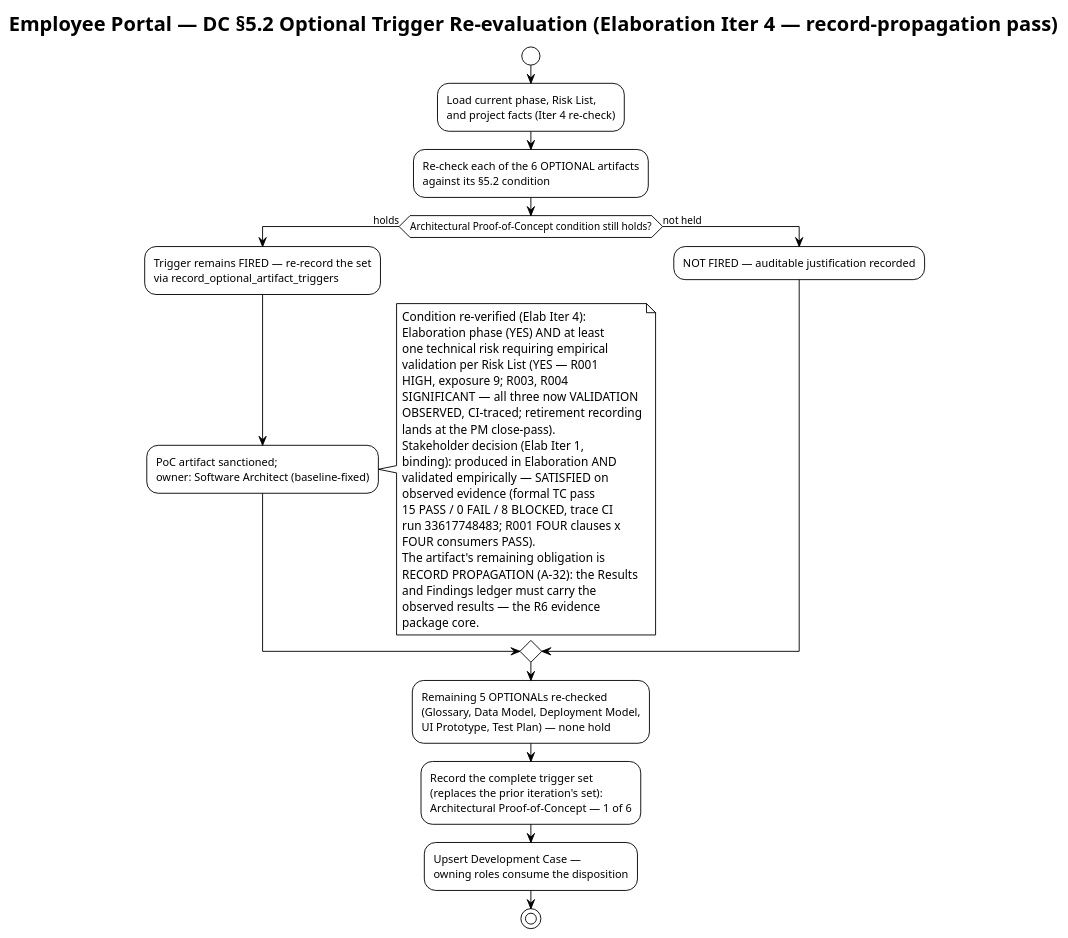
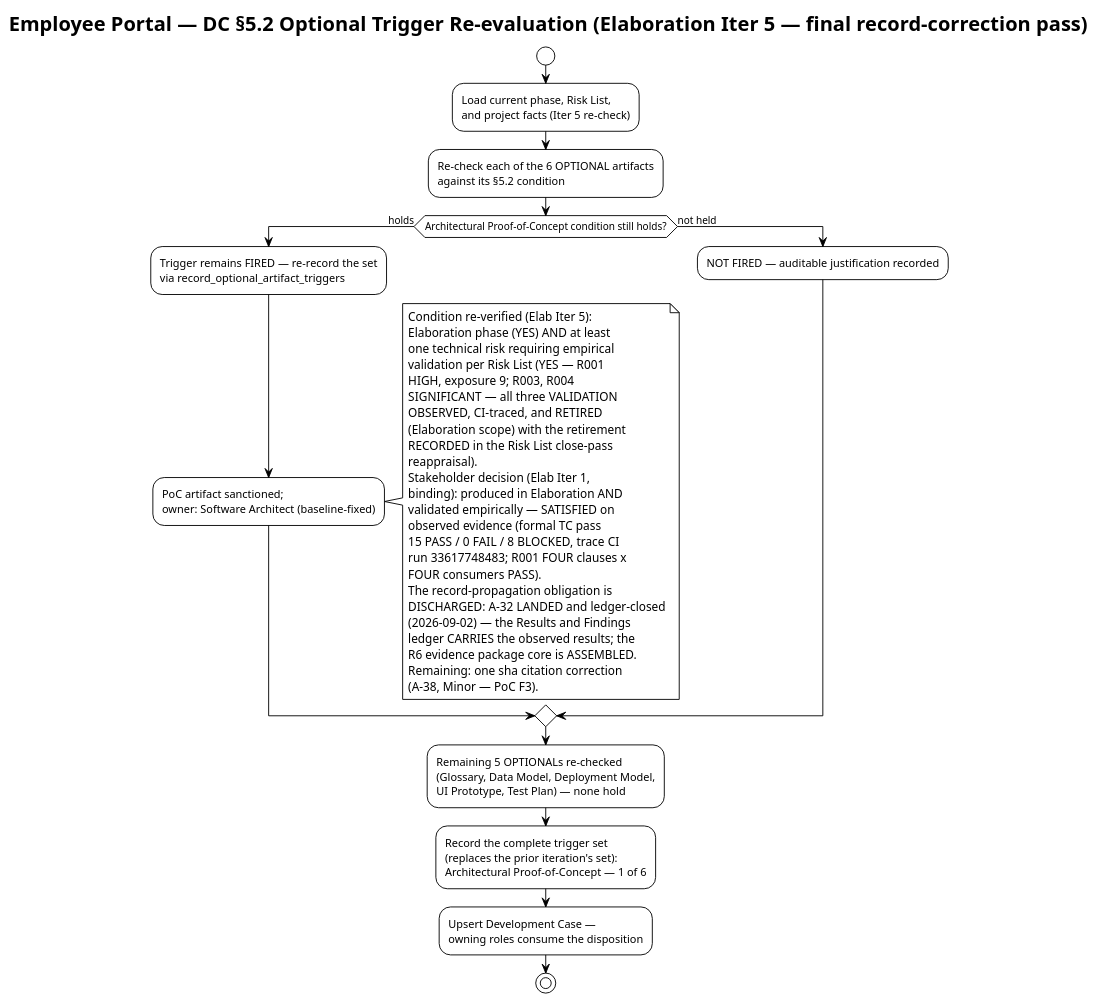
The second of 4 diagrams in docs/artifacts/environment/development-case.md (banense-test/employee-portal), drawn with PlantUML before and after one commit. The commit also changed other lines of this file, not shown here.

Commit message:
Process Engineer [E5]: upsert Development Case
[skip ci]

````diff
--- a/docs/artifacts/environment/development-case.md
+++ b/docs/artifacts/environment/development-case.md
@@ -130,49 +129,53 @@
 ```plantuml
 @startuml
 !theme plain
-title Employee Portal — DC §5.2 Optional Trigger Re-evaluation (Elaboration Iter 4 — record-propagation pass)
+title Employee Portal — DC §5.2 Optional Trigger Re-evaluation (Elaboration Iter 5 — final record-correction pass)
 
 start
 :Load current phase, Risk List,
-and project facts (Iter 4 re-check);
+and project facts (Iter 5 re-check);
 :Re-check each of the 6 OPTIONAL artifacts
 against its §5.2 condition;
 if (Architectural Proof-of-Concept condition still holds?) then (holds)
   :Trigger remains FIRED — re-record the set\nvia record_optional_artifact_triggers;
   :PoC artifact sanctioned;\nowner: Software Architect (baseline-fixed);
   note right
-    Condition re-verified (Elab Iter 4):
+    Condition re-verified (Elab Iter 5):
     Elaboration phase (YES) AND at least
     one technical risk requiring empirical
     validation per Risk List (YES — R001
     HIGH, exposure 9; R003, R004
-    SIGNIFICANT — all three now VALIDATION
-    OBSERVED, CI-traced; retirement recording
-    lands at the PM close-pass).
+    SIGNIFICANT — all three VALIDATION
+    OBSERVED, CI-traced, and RETIRED
+    (Elaboration scope) with the retirement
+    RECORDED in the Risk List close-pass
+    reappraisal).
     Stakeholder decision (Elab Iter 1,
     binding): produced in Elaboration AND
     validated empirically — SATISFIED on
     observed evidence (formal TC pass
     15 PASS / 0 FAIL / 8 BLOCKED, trace CI
     run 33617748483; R001 FOUR clauses x
     FOUR consumers PASS).
-    The artifact's remaining obligation is
-    RECORD PROPAGATION (A-32): the Results
-    and Findings ledger must carry the
-    observed results — the R6 evidence
-    package core.
+    The record-propagation obligation is
+    DISCHARGED: A-32 LANDED and ledger-closed
+    (2026-09-02) — the Results and Findings
+    ledger CARRIES the observed results; the
+    R6 evidence package core is ASSEMBLED.
+    Remaining: one sha citation correction
+    (A-38, Minor — PoC F3).
   end note
 else (not held)
   :NOT FIRED — auditable justification recorded;
 endif
 :Remaining 5 OPTIONALs re-checked
 (Glossary, Data Model, Deployment Model,
 UI Prototype, Test Plan) — none hold;
 :Record the complete trigger set
 (replaces the prior iteration's set):
 Architectural Proof-of-Concept — 1 of 6;
 :Upsert Development Case —
 owning roles consume the disposition;
 stop
 @enduml
 ```
````
